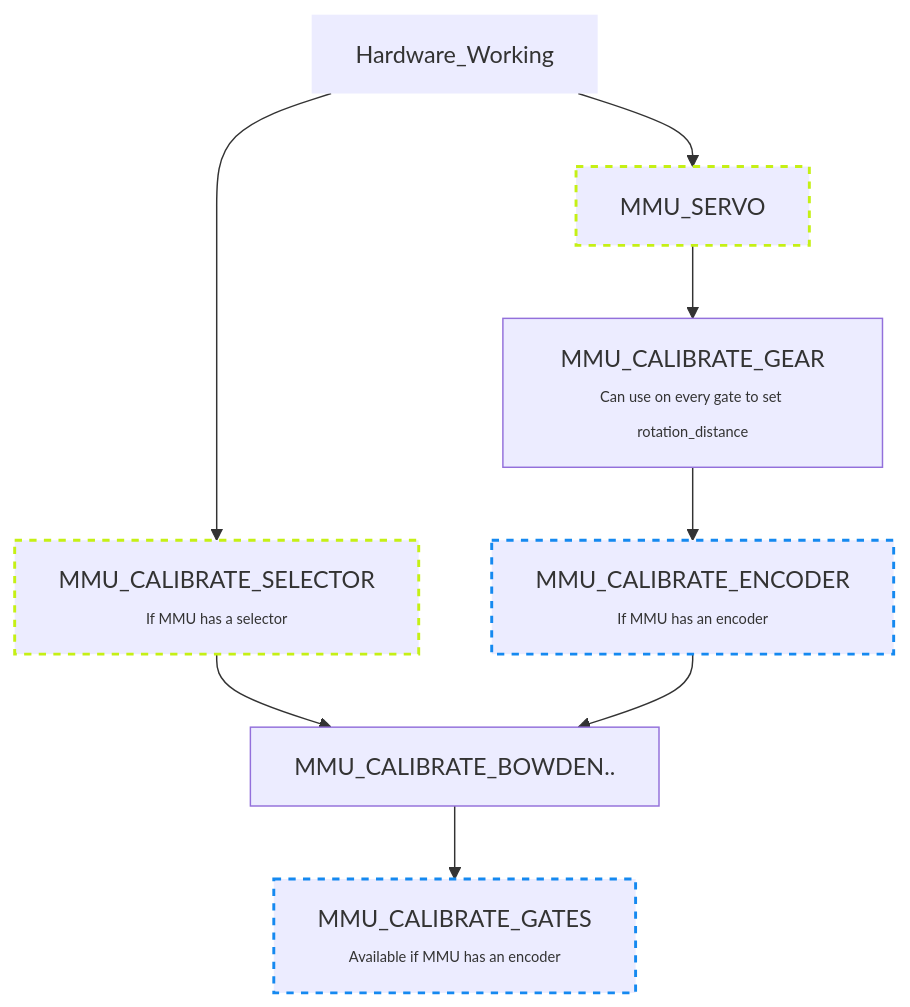
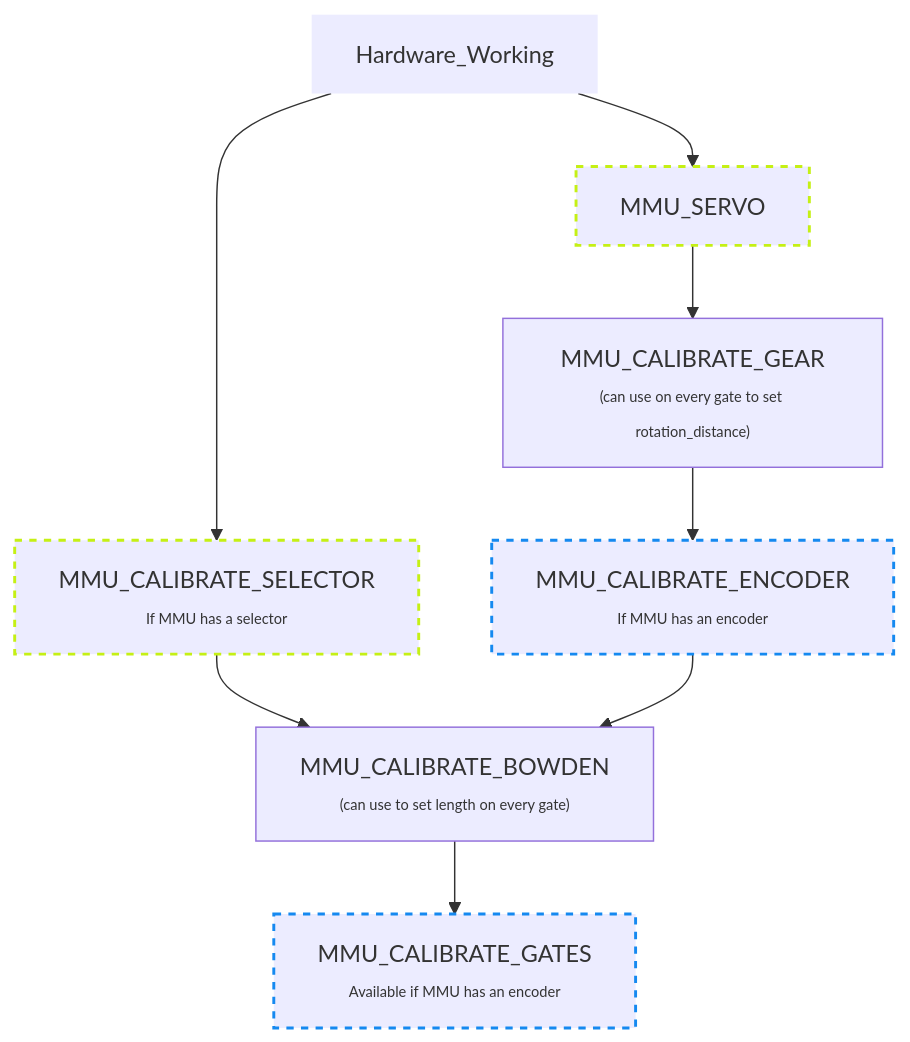
Before and after one commit to 3DCoded/Happy-Hare: the diagram in MMU-Calibration.md, drawn with Mermaid. The commit also changed other lines of this file, not shown here.

````diff
--- a/MMU-Calibration.md
+++ b/MMU-Calibration.md
@@ -22,16 +22,16 @@
 ```mermaid
 graph TD;
     Hardware_Working --> MMU_SERVO
     Hardware_Working --> MMU_CALIBRATE_SELECTOR["MMU_CALIBRATE_SELECTOR<br/><span style='font-size:10px'>If MMU has a selector</span>"]
     MMU_CALIBRATE_SELECTOR --> MMU_CALIBRATE_BOWDEN
-    MMU_SERVO --> MMU_CALIBRATE_GEAR["MMU_CALIBRATE_GEAR<br/><span style='font-size:10px'>Can use on every gate to set rotation_distance</span>"]
+    MMU_SERVO --> MMU_CALIBRATE_GEAR["MMU_CALIBRATE_GEAR<br/><span style='font-size:10px'>(can use on every gate to set rotation_distance)</span>"]
     MMU_CALIBRATE_GEAR --> MMU_CALIBRATE_ENCODER["MMU_CALIBRATE_ENCODER<br/><span style='font-size:10px'>If MMU has an encoder</span>"]
-    MMU_CALIBRATE_ENCODER --> MMU_CALIBRATE_BOWDEN["MMU_CALIBRATE_BOWDEN.."]
+    MMU_CALIBRATE_ENCODER --> MMU_CALIBRATE_BOWDEN["MMU_CALIBRATE_BOWDEN<br/><span style='font-size:10px'>(can use to set length on every gate)</span>"]
     MMU_CALIBRATE_BOWDEN --> MMU_CALIBRATE_GATES["MMU_CALIBRATE_GATES<br/><span style='font-size:10px'>Available if MMU has an encoder</span>"]
 
     style Hardware_Working stroke-width:0px
     style MMU_SERVO stroke-dasharray: 5 5, stroke:#c5f015, stroke-width:2px
     style MMU_CALIBRATE_SELECTOR stroke-dasharray: 5 5, stroke:#c5f015, stroke-width:2px
     style MMU_CALIBRATE_ENCODER stroke-dasharray: 5 5, stroke:#1589f0, stroke-width:2px
     style MMU_CALIBRATE_GATES stroke-dasharray: 5 5, stroke:#1589f0, stroke-width:2px
 ```
````
